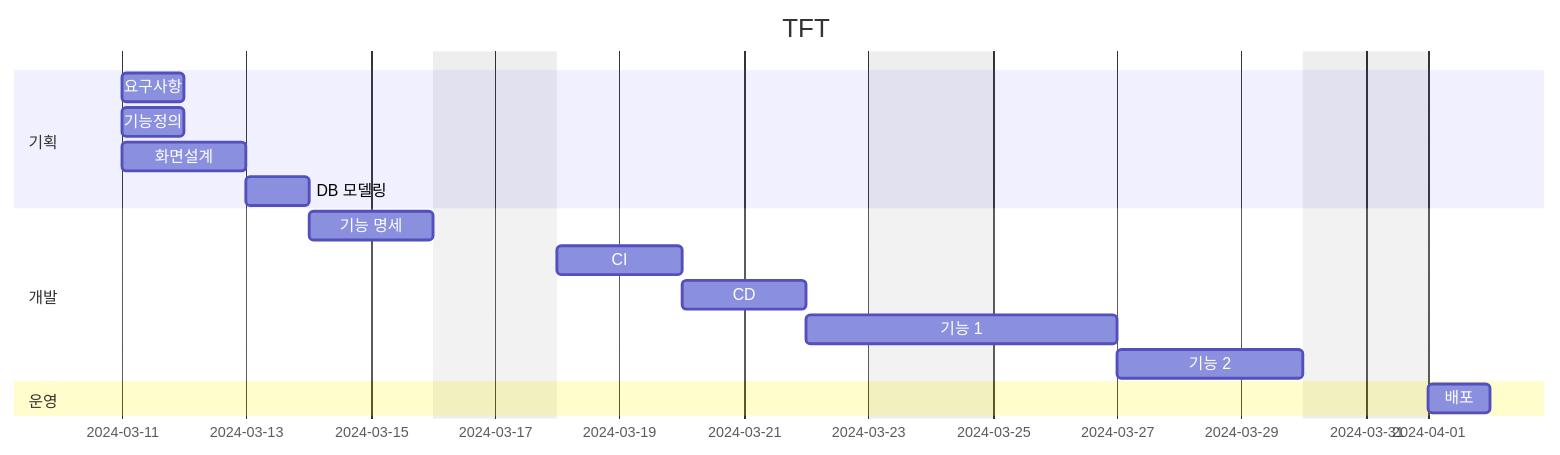
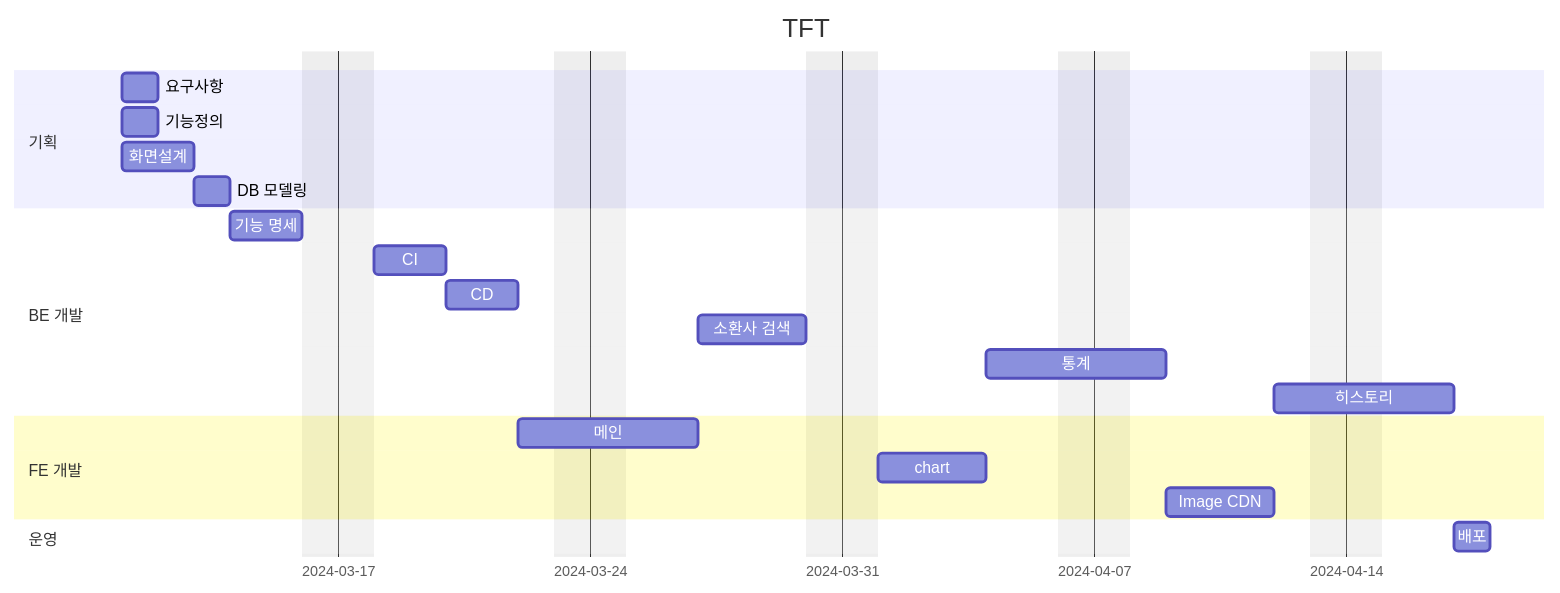
Before and after one commit to jmp7911/TFT_stats: the diagram in README.md, drawn with Mermaid. The commit also changed other lines of this file, not shown here.

Commit message:
기획: 기능 추가에 따라 개발기간 재 산정

````diff
--- a/README.md
+++ b/README.md
@@ -39,22 +39,27 @@
 ```mermaid
 gantt
     dateformat yyyy-mm-dd
     excludes weekends
     title TFT
 
 section 기획
     요구사항        :a1, 2024-03-11, 1d
     기능정의        :a2, 2024-03-11, 1d
     화면설계        :a3, 2024-03-11, 2d
     DB 모델링        :a4, after a3, 1d
 
-section 개발
+section BE 개발
     기능 명세        :b1, after a4, 2d
     CI            :b2, after b1, 2d
     CD            :b3, after b2, 2d
-    기능 1        :b4, after b3, 3d
-    기능 2        :b5, after b4, 3d
+    소환사 검색        :b4, after d0, 3d
+    통계        :b5, after d1, 3d
+    히스토리    : b6, after d2, 3d
 
+section FE 개발
+    메인           : d0, after b3, 3d
+    chart        : d1, after b4, 3d
+    Image CDN        : d2, after b5, 3d
 section 운영
-    배포            :c1, after b5, 1d
+    배포            :c1, after b6, 1d
 ```
````
